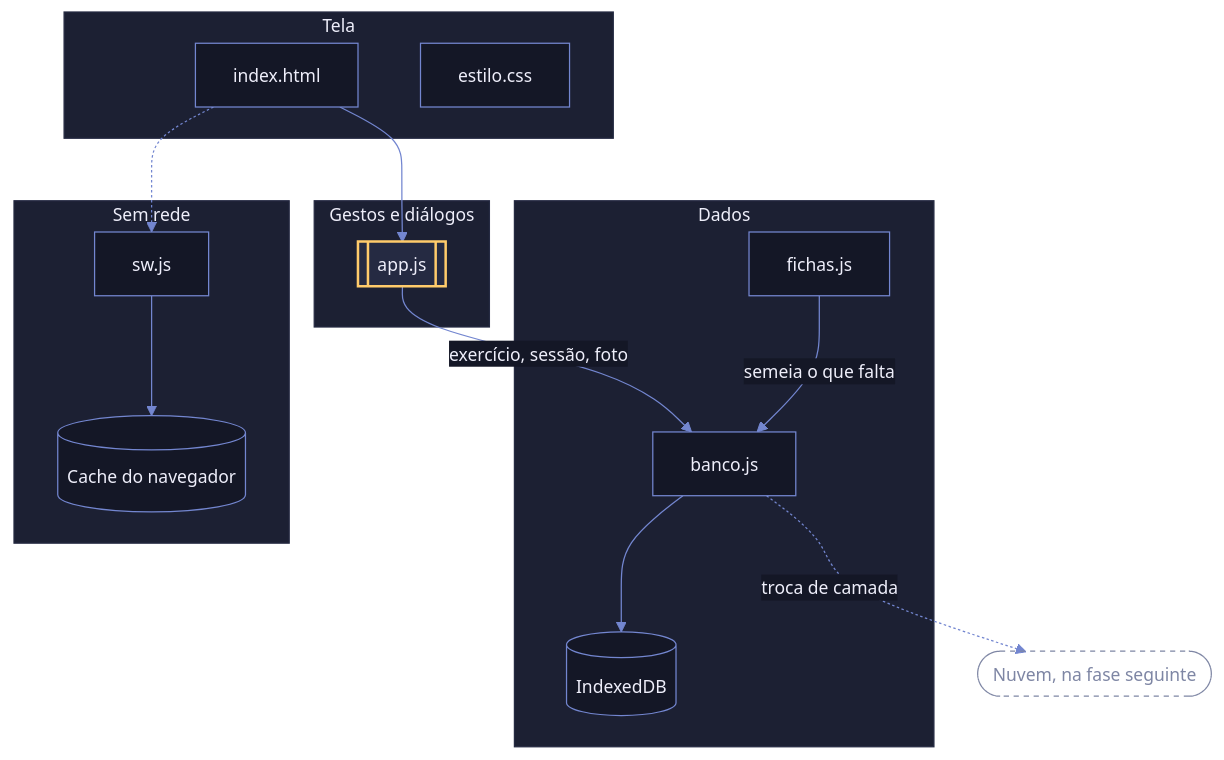
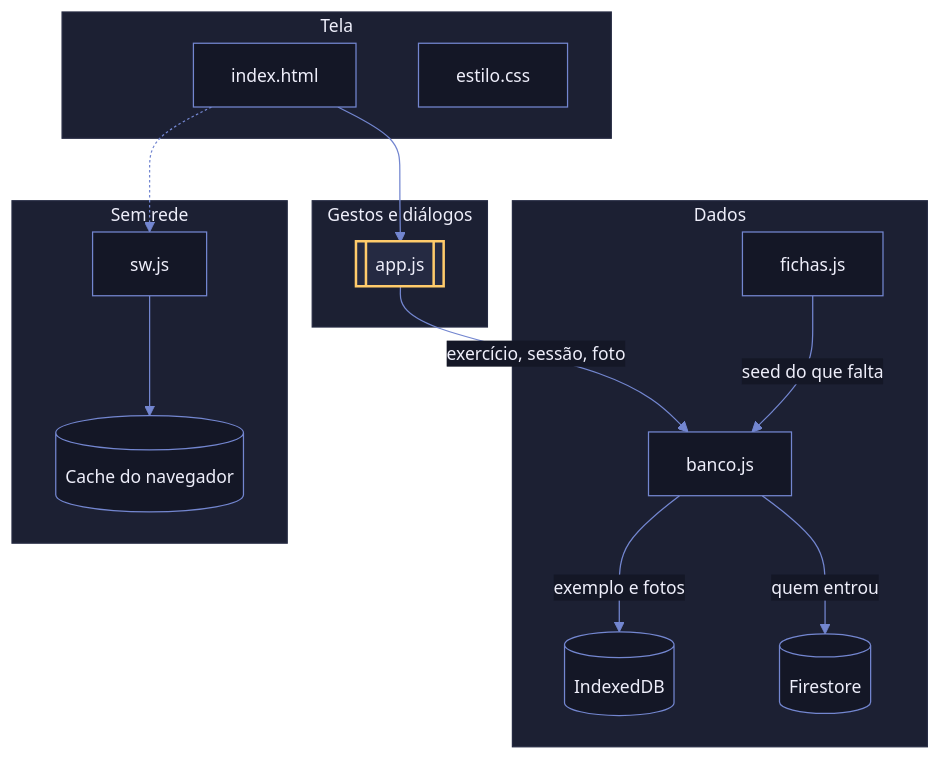
The first of 3 diagrams in README.md (v-amorim/academia), drawn with Mermaid before and after one commit. The commit also changed other lines of this file and 13 other files, not shown here.

First line of the commit message:
feat: a nuvem entra, com login por usuário e senha e um branch por pessoa no Firestore

````diff
--- a/README.md
+++ b/README.md
@@ -18,75 +19,73 @@
 ```mermaid
 ---
 config:
   theme: base
   themeVariables:
     darkMode: true
     background: "#0D0E17"
     mainBkg: "#141726"
     primaryColor: "#141726"
     primaryTextColor: "#EEEEFA"
     primaryBorderColor: "#7386d0"
     secondaryColor: "#252A42"
     secondaryTextColor: "#EEEEFA"
     secondaryBorderColor: "#8A9BE0"
     tertiaryColor: "#7386D0"
     tertiaryTextColor: "#EEEEFA"
     tertiaryBorderColor: "#A2B0EA"
     lineColor: "#7386d0"
     textColor: "#EEEEFA"
     titleColor: "#EEEEFA"
     nodeBorder: "#7386d0"
     nodeTextColor: "#EEEEFA"
     clusterBkg: "#1C2033"
     clusterBorder: "#252A42"
     edgeLabelBackground: "#141726"
     noteBkgColor: "#7386D0"
     noteTextColor: "#EEEEFA"
     noteBorderColor: "#7386d0"
     activationBkgColor: "#252A42"
     activationBorderColor: "#ffcb6b"
     arrowheadColor: "#7386d0"
     border1: "#7386d0"
     border2: "#7E86A4"
     errorBkgColor: "#7386D0"
     errorTextColor: "#EEEEFA"
     fontFamily: "Mulish, system-ui, sans-serif"
     fontSize: "14px"
 ---
 flowchart TB
   classDef router fill:#252A42,stroke:#ffcb6b,stroke-width:2px,color:#EEEEFA
   classDef ghost fill:transparent,stroke:#7E86A4,stroke-dasharray:4 4,color:#7E86A4
 
   subgraph tela["Tela"]
     html["`index.html`"]
     css["`estilo.css`"]
   end
 
   subgraph logica["Gestos e diálogos"]
     app[["`app.js`"]]
   end
 
   subgraph dados["Dados"]
     fichas["`fichas.js`"]
     banco["`banco.js`"]
     idb[("`IndexedDB`")]
+    nuvem[("`Firestore`")]
   end
 
   subgraph offline["Sem rede"]
     sw["`sw.js`"]
     cache[("`Cache do navegador`")]
   end
 
-  nuvem(["`Nuvem, na fase seguinte`"])
-
   html --> app
   app -->|"exercício, sessão, foto"| banco
-  fichas -->|"semeia o que falta"| banco
-  banco --> idb
+  fichas -->|"seed do que falta"| banco
+  banco -->|"exemplo e fotos"| idb
+  banco -->|"quem entrou"| nuvem
   html -.-> sw
   sw --> cache
-  banco -.->|"troca de camada"| nuvem
 
   class app router
-  class nuvem ghost
 ```
````
